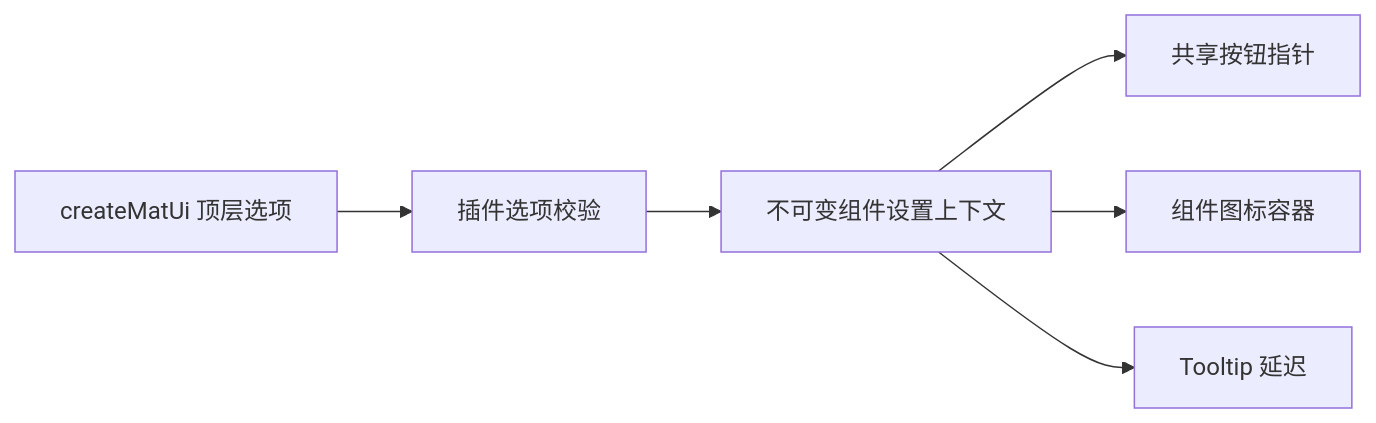
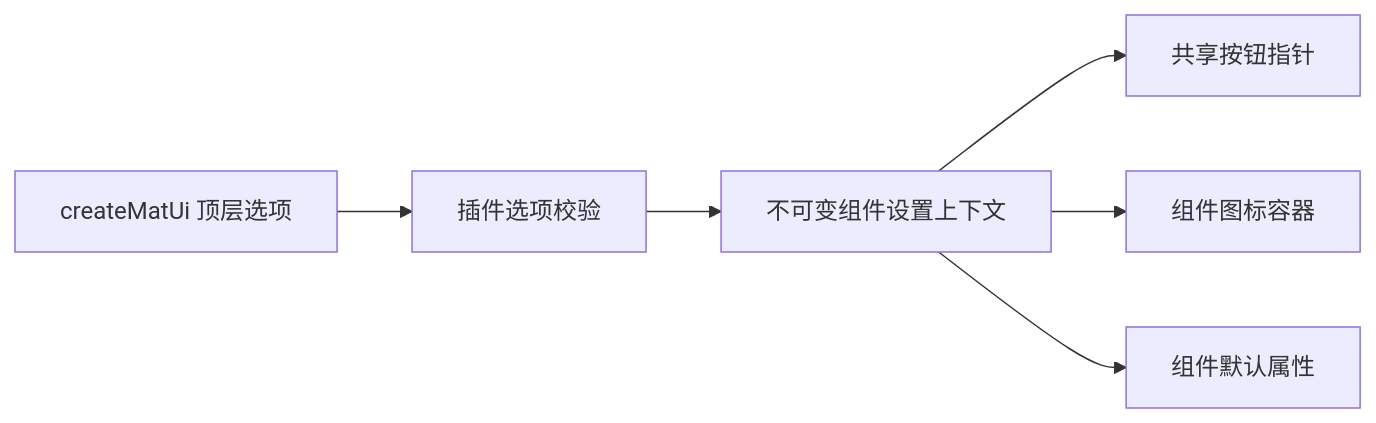
Before and after one commit to slime7/mde-vue: the second of 3 diagrams in docs/project/ARCHITECTURE.md, drawn with Mermaid. The commit also changed other lines of this file and 7 other files, not shown here.

````diff
--- a/docs/project/ARCHITECTURE.md
+++ b/docs/project/ARCHITECTURE.md
@@ -120,8 +120,8 @@
 ```mermaid
 flowchart LR
     A["createMatUi 顶层选项"] --> B["插件选项校验"]
     B --> C["不可变组件设置上下文"]
     C --> D["共享按钮指针"]
     C --> E["组件图标容器"]
-    C --> F["Tooltip 延迟"]
+    C --> F["组件默认属性"]
 ```
````
